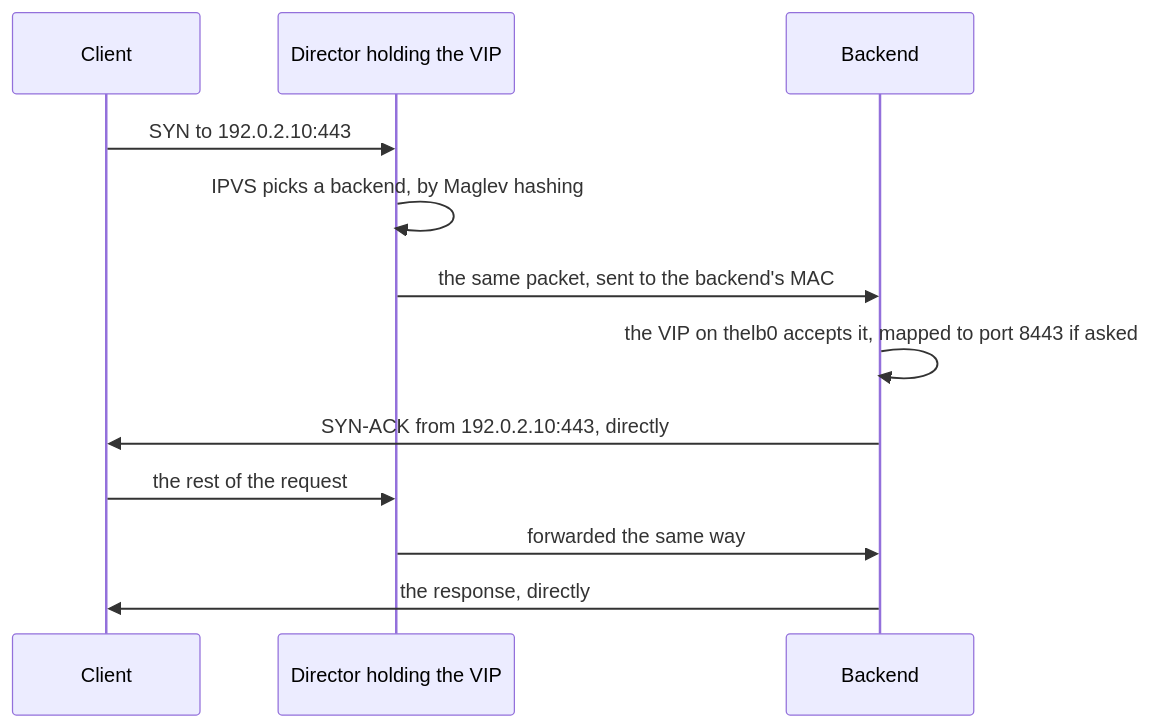
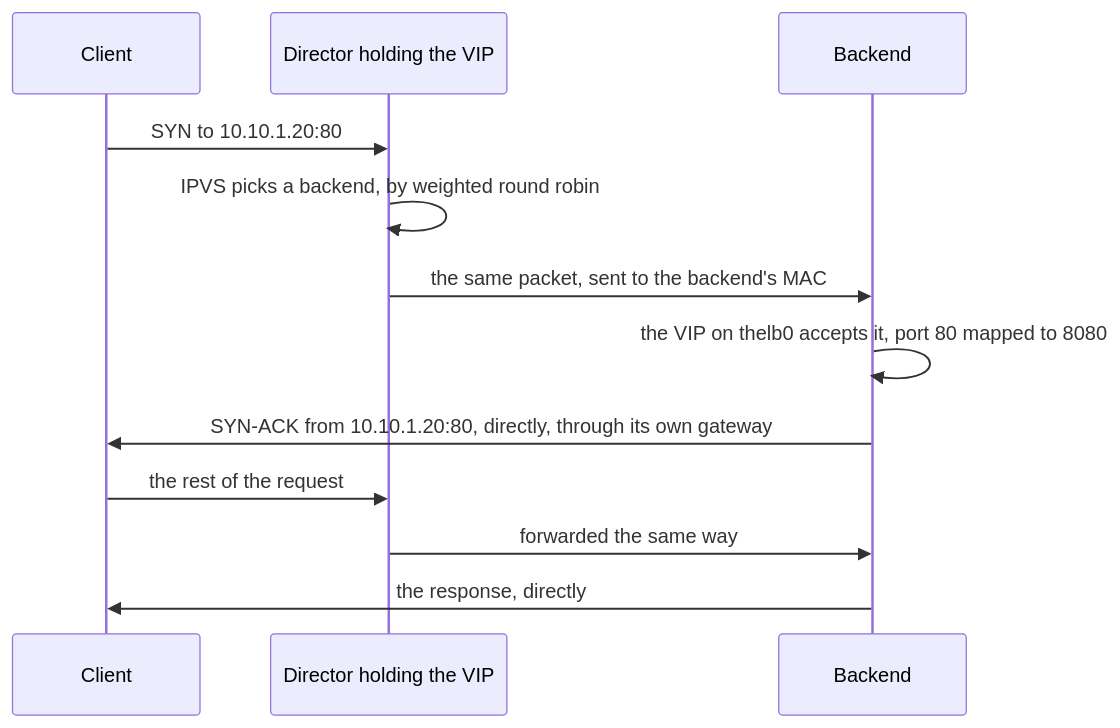
One commit to dmartsapp/thelb changed the sixth of 6 diagrams in docs/diagrams.md. Above: the diagram before and after it, drawn with Mermaid. The commit also changed other lines of this file and 1 other file, not shown here.

````diff
--- a/docs/diagrams.md
+++ b/docs/diagrams.md
@@ -140,14 +146,14 @@
 ```mermaid
 sequenceDiagram
     participant C as Client
     participant D as Director holding the VIP
     participant B as Backend
-    C->>D: SYN to 192.0.2.10:443
-    D->>D: IPVS picks a backend, by Maglev hashing
+    C->>D: SYN to 10.10.1.20:80
+    D->>D: IPVS picks a backend, by weighted round robin
     D->>B: the same packet, sent to the backend's MAC
-    B->>B: the VIP on thelb0 accepts it, mapped to port 8443 if asked
-    B->>C: SYN-ACK from 192.0.2.10:443, directly
+    B->>B: the VIP on thelb0 accepts it, port 80 mapped to 8080
+    B->>C: SYN-ACK from 10.10.1.20:80, directly, through its own gateway
     C->>D: the rest of the request
     D->>B: forwarded the same way
     B->>C: the response, directly
 ```
````
